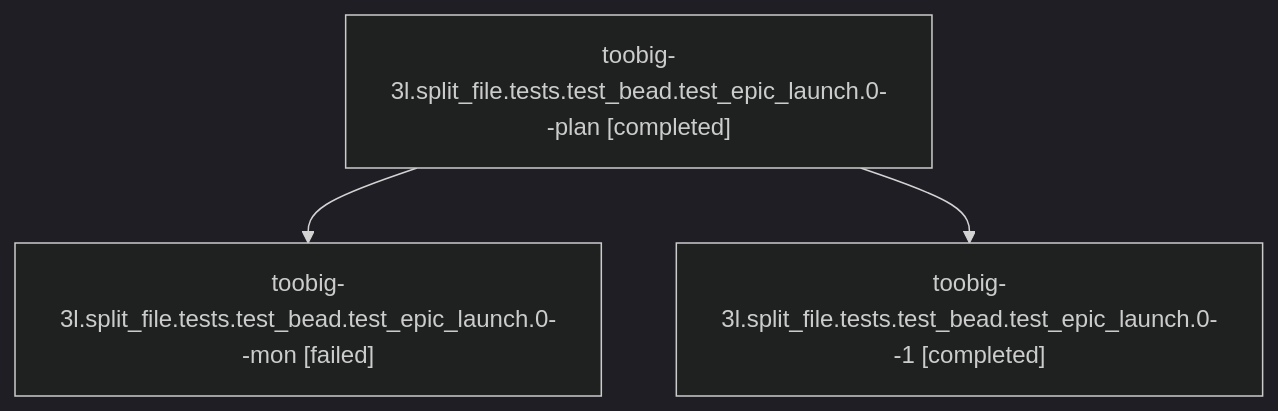
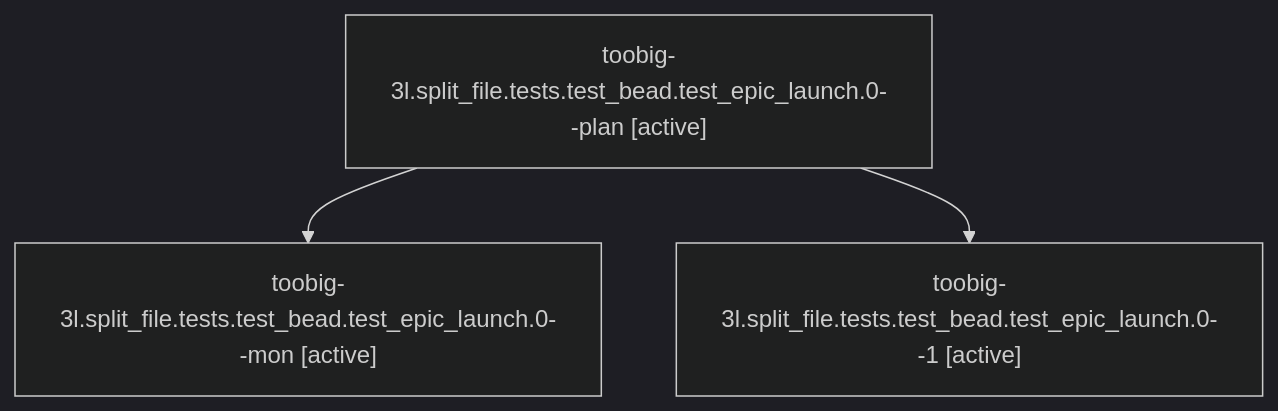
One commit to sase-org/sase--agents changed the diagram in families/bbugyi200.athena.toobig-3l.split_file.tests.test_bead.test_epic_launch.0.md. Above: the diagram before and after it, drawn with Mermaid (dark theme). The commit also changed other lines of this file and 35830 other files, not shown here.

````diff
--- a/families/bbugyi200.athena.toobig-3l.split_file.tests.test_bead.test_epic_launch.0.md
+++ b/families/bbugyi200.athena.toobig-3l.split_file.tests.test_bead.test_epic_launch.0.md
@@ -9,8 +9,8 @@
 ```mermaid
 flowchart TD
-  n0["toobig-3l.split_file.tests.test_bead.test_epic_launch.0--plan [completed]"]
-  n1["toobig-3l.split_file.tests.test_bead.test_epic_launch.0--mon [failed]"]
+  n0["toobig-3l.split_file.tests.test_bead.test_epic_launch.0--plan [active]"]
+  n1["toobig-3l.split_file.tests.test_bead.test_epic_launch.0--mon [active]"]
   n0 --> n1
-  n2["toobig-3l.split_file.tests.test_bead.test_epic_launch.0--1 [completed]"]
+  n2["toobig-3l.split_file.tests.test_bead.test_epic_launch.0--1 [active]"]
   n0 --> n2
 ```
````
